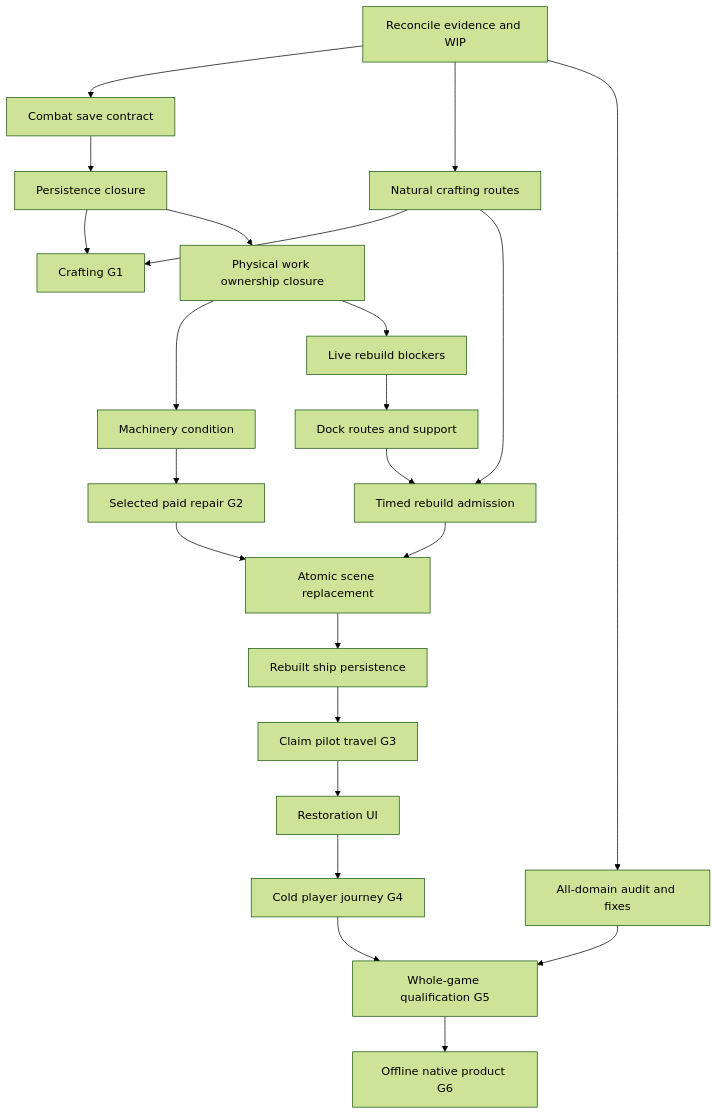
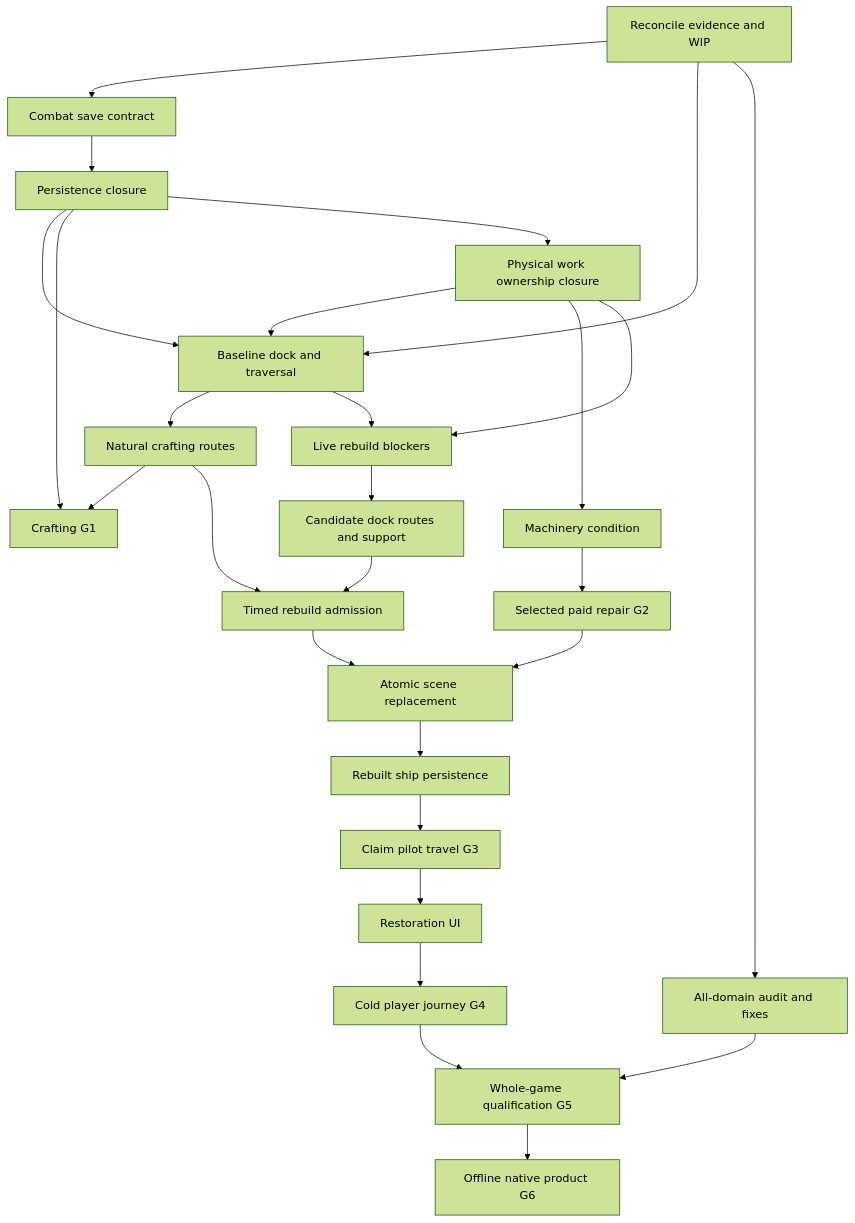
The diagram in docs/superpowers/plans/2026-09-05-remaining-feature-completion.md (9thLevelSoftware/the-synaptic-sea), drawn with Mermaid (forest theme) before and after one commit. The commit also changed other lines of this file and 8 other files, not shown here.

````diff
--- a/docs/superpowers/plans/2026-09-05-remaining-feature-completion.md
+++ b/docs/superpowers/plans/2026-09-05-remaining-feature-completion.md
@@ -59,25 +59,29 @@
 ```mermaid
 flowchart TD
   R01[Reconcile evidence and WIP] --> R02[Combat save contract]
   R02 --> R03[Persistence closure]
-  R01 --> R04[Natural crafting routes]
+  R01 --> R10A[Baseline dock and traversal]
+  R03 --> R10A
+  R10A --> R04[Natural crafting routes]
   R03 --> R05[Crafting G1]
   R04 --> R05
   R03 --> R06[Physical work ownership closure]
+  R06 --> R10A
   R06 --> R07[Machinery condition]
   R07 --> R08[Selected paid repair G2]
   R06 --> R09[Live rebuild blockers]
-  R09 --> R10[Dock routes and support]
+  R10A --> R09
+  R09 --> R10B[Candidate dock routes and support]
   R04 --> R11[Timed rebuild admission]
-  R10 --> R11
+  R10B --> R11
   R08 --> R12[Atomic scene replacement]
   R11 --> R12
   R12 --> R13[Rebuilt ship persistence]
   R13 --> R14[Claim pilot travel G3]
   R14 --> R15[Restoration UI]
   R15 --> R16[Cold player journey G4]
   R01 --> R17[All-domain audit and fixes]
   R16 --> R18[Whole-game qualification G5]
   R17 --> R18
   R18 --> R19[Offline native product G6]
 ```
````
